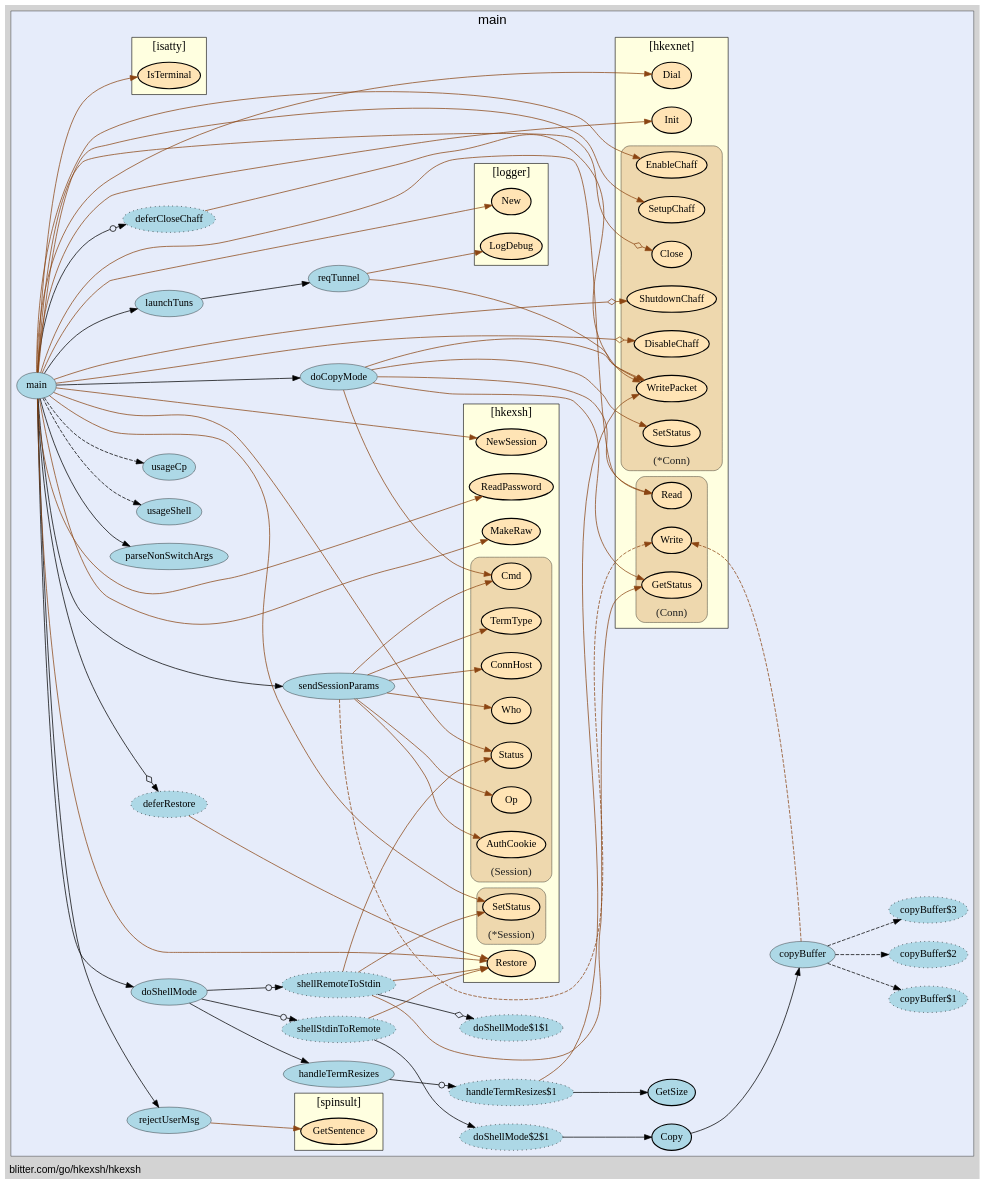
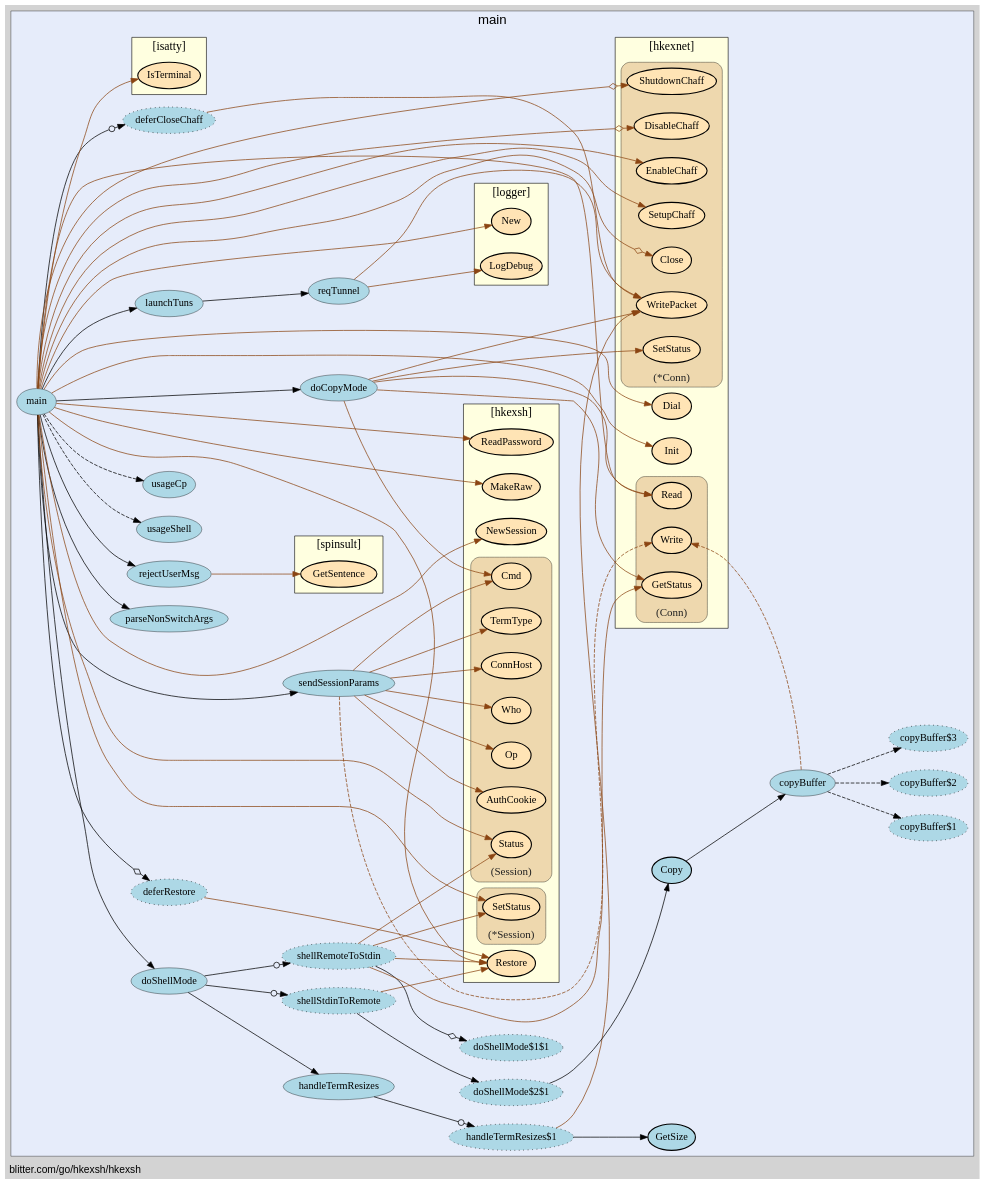
One commit to isgasho/xs changed the diagram in hkexsh/hkexsh-vis.gv. Above: the diagram before and after it, drawn with Graphviz. The commit also changed 8 other files, not shown here.

Commit message:
Cleaned up/added commenting (hkexsh/, hkexnet/)

```diff
--- a/hkexsh/hkexsh-vis.gv
+++ b/hkexsh/hkexsh-vis.gv
@@ -14,52 +14,52 @@
     edge [minlen="2"]
 
     subgraph "cluster_focus" {
-        label="main";
+        bgcolor="#e6ecfa";
+label="main";
 labelloc="t";
 labeljust="c";
 fontsize="18";
-bgcolor="#e6ecfa";
         
-        "blitter.com/go/hkexsh/hkexsh.doCopyMode" [ label="doCopyMode" penwidth="0.5" fillcolor="lightblue" ]
-        "blitter.com/go/hkexsh/hkexsh.main$2" [ fillcolor="lightblue" label="deferCloseChaff" style="dotted,filled" ]
-        "blitter.com/go/hkexsh/hkexsh.reqTunnel" [ fillcolor="lightblue" label="reqTunnel" penwidth="0.5" ]
-        "blitter.com/go/hkexsh/hkexsh.launchTuns" [ penwidth="0.5" fillcolor="lightblue" label="launchTuns" ]
-        "blitter.com/go/hkexsh/hkexsh.rejectUserMsg" [ penwidth="0.5" fillcolor="lightblue" label="rejectUserMsg" ]
+        "blitter.com/go/hkexsh/hkexsh.reqTunnel" [ penwidth="0.5" fillcolor="lightblue" label="reqTunnel" ]
+        "blitter.com/go/hkexsh/hkexsh.doShellMode$1" [ fillcolor="lightblue" label="shellRemoteToStdin" style="dotted,filled" ]
+        "blitter.com/go/hkexsh/hkexsh.doShellMode$1$1" [ fillcolor="lightblue" label="doShellMode$1$1" style="dotted,filled" ]
+        "blitter.com/go/hkexsh/hkexsh.doShellMode" [ fillcolor="lightblue" label="doShellMode" penwidth="0.5" ]
         "blitter.com/go/hkexsh/hkexsh.handleTermResizes$1" [ fillcolor="lightblue" label="handleTermResizes$1" style="dotted,filled" ]
-        "blitter.com/go/hkexsh/hkexsh.GetSize" [ fillcolor="lightblue" label="GetSize" penwidth="1.5" ]
-        "blitter.com/go/hkexsh/hkexsh.handleTermResizes" [ fillcolor="lightblue" label="handleTermResizes" penwidth="0.5" ]
-        "blitter.com/go/hkexsh/hkexsh.doShellMode$1" [ fillcolor="lightblue" label="shellRemoteToStdin" style="dotted,filled" ]
-        "blitter.com/go/hkexsh/hkexsh.doShellMode$1$1" [ style="dotted,filled" fillcolor="lightblue" label="doShellMode$1$1" ]
-        "blitter.com/go/hkexsh/hkexsh.doShellMode" [ fillcolor="lightblue" label="doShellMode" penwidth="0.5" ]
+        "blitter.com/go/hkexsh/hkexsh.GetSize" [ label="GetSize" penwidth="1.5" fillcolor="lightblue" ]
+        "blitter.com/go/hkexsh/hkexsh.handleTermResizes" [ penwidth="0.5" fillcolor="lightblue" label="handleTermResizes" ]
         "blitter.com/go/hkexsh/hkexsh.copyBuffer" [ fillcolor="lightblue" label="copyBuffer" penwidth="0.5" ]
         "blitter.com/go/hkexsh/hkexsh.copyBuffer$1" [ fillcolor="lightblue" label="copyBuffer$1" style="dotted,filled" ]
         "blitter.com/go/hkexsh/hkexsh.copyBuffer$2" [ fillcolor="lightblue" label="copyBuffer$2" style="dotted,filled" ]
-        "blitter.com/go/hkexsh/hkexsh.copyBuffer$3" [ fillcolor="lightblue" label="copyBuffer$3" style="dotted,filled" ]
+        "blitter.com/go/hkexsh/hkexsh.copyBuffer$3" [ style="dotted,filled" fillcolor="lightblue" label="copyBuffer$3" ]
         "blitter.com/go/hkexsh/hkexsh.Copy" [ fillcolor="lightblue" label="Copy" penwidth="1.5" ]
         "blitter.com/go/hkexsh/hkexsh.doShellMode$2$1" [ fillcolor="lightblue" label="doShellMode$2$1" style="dotted,filled" ]
-        "blitter.com/go/hkexsh/hkexsh.doShellMode$2" [ style="dotted,filled" fillcolor="lightblue" label="shellStdinToRemote" ]
+        "blitter.com/go/hkexsh/hkexsh.doShellMode$2" [ fillcolor="lightblue" label="shellStdinToRemote" style="dotted,filled" ]
+        "blitter.com/go/hkexsh/hkexsh.main$2" [ fillcolor="lightblue" label="deferCloseChaff" style="dotted,filled" ]
         "blitter.com/go/hkexsh/hkexsh.sendSessionParams" [ fillcolor="lightblue" label="sendSessionParams" penwidth="0.5" ]
-        "blitter.com/go/hkexsh/hkexsh.main$1" [ fillcolor="lightblue" label="deferRestore" style="dotted,filled" ]
+        "blitter.com/go/hkexsh/hkexsh.main$1" [ label="deferRestore" style="dotted,filled" fillcolor="lightblue" ]
+        "blitter.com/go/hkexsh/hkexsh.launchTuns" [ penwidth="0.5" fillcolor="lightblue" label="launchTuns" ]
+        "blitter.com/go/hkexsh/hkexsh.rejectUserMsg" [ label="rejectUserMsg" penwidth="0.5" fillcolor="lightblue" ]
         "blitter.com/go/hkexsh/hkexsh.main" [ fillcolor="lightblue" label="main" penwidth="0.5" ]
         "blitter.com/go/hkexsh/hkexsh.parseNonSwitchArgs" [ fillcolor="lightblue" label="parseNonSwitchArgs" penwidth="0.5" ]
+        "blitter.com/go/hkexsh/hkexsh.doCopyMode" [ fillcolor="lightblue" label="doCopyMode" penwidth="0.5" ]
         "blitter.com/go/hkexsh/hkexsh.usageShell" [ fillcolor="lightblue" label="usageShell" penwidth="0.5" ]
         "blitter.com/go/hkexsh/hkexsh.usageCp" [ fillcolor="lightblue" label="usageCp" penwidth="0.5" ]
         
         subgraph "cluster_blitter.com/go/hkexsh" {
-        fontsize="16";
-fontname="bold";
+        style="filled";
+fillcolor="lightyellow";
 rank="sink";
 label="[hkexsh]";
-URL="/?f=blitter.com/go/hkexsh";
 tooltip="package: blitter.com/go/hkexsh";
 penwidth="0.8";
-fillcolor="lightyellow";
-style="filled";
+fontsize="16";
+fontname="bold";
+URL="/?f=blitter.com/go/hkexsh";
         
         "blitter.com/go/hkexsh.Restore" [ fillcolor="moccasin" label="Restore" penwidth="1.5" ]
         "blitter.com/go/hkexsh.MakeRaw" [ fillcolor="moccasin" label="MakeRaw" penwidth="1.5" ]
-        "blitter.com/go/hkexsh.ReadPassword" [ fillcolor="moccasin" label="ReadPassword" penwidth="1.5" ]
-        "blitter.com/go/hkexsh.NewSession" [ fillcolor="moccasin" label="NewSession" penwidth="1.5" ]
+        "blitter.com/go/hkexsh.ReadPassword" [ penwidth="1.5" fillcolor="moccasin" label="ReadPassword" ]
+        "blitter.com/go/hkexsh.NewSession" [ label="NewSession" penwidth="1.5" fillcolor="moccasin" ]
         
         subgraph "cluster_*blitter.com/go/hkexsh.Session" {
         style="rounded,filled";
@@ -71,26 +71,26 @@
 fontcolor="#222222";
 labelloc="b";
         
-        "(*blitter.com/go/hkexsh.Session).SetStatus" [ fillcolor="moccasin" label="SetStatus" penwidth="1.5" ]
+        "(*blitter.com/go/hkexsh.Session).SetStatus" [ label="SetStatus" penwidth="1.5" fillcolor="moccasin" ]
         
     }
 
         subgraph "cluster_blitter.com/go/hkexsh.Session" {
-        label="(Session)";
+        fillcolor="wheat2";
+label="(Session)";
 tooltip="type: blitter.com/go/hkexsh.Session";
 penwidth="0.5";
 fontsize="15";
 fontcolor="#222222";
 labelloc="b";
 style="rounded,filled";
-fillcolor="wheat2";
         
-        "(blitter.com/go/hkexsh.Session).Cmd" [ fillcolor="moccasin" label="Cmd" penwidth="1.5" ]
-        "(blitter.com/go/hkexsh.Session).Status" [ fillcolor="moccasin" label="Status" penwidth="1.5" ]
+        "(blitter.com/go/hkexsh.Session).Status" [ label="Status" penwidth="1.5" fillcolor="moccasin" ]
         "(blitter.com/go/hkexsh.Session).Op" [ fillcolor="moccasin" label="Op" penwidth="1.5" ]
-        "(blitter.com/go/hkexsh.Session).Who" [ label="Who" penwidth="1.5" fillcolor="moccasin" ]
+        "(blitter.com/go/hkexsh.Session).Who" [ fillcolor="moccasin" label="Who" penwidth="1.5" ]
         "(blitter.com/go/hkexsh.Session).ConnHost" [ fillcolor="moccasin" label="ConnHost" penwidth="1.5" ]
-        "(blitter.com/go/hkexsh.Session).TermType" [ fillcolor="moccasin" label="TermType" penwidth="1.5" ]
+        "(blitter.com/go/hkexsh.Session).TermType" [ penwidth="1.5" fillcolor="moccasin" label="TermType" ]
+        "(blitter.com/go/hkexsh.Session).Cmd" [ label="Cmd" penwidth="1.5" fillcolor="moccasin" ]
         "(blitter.com/go/hkexsh.Session).AuthCookie" [ fillcolor="moccasin" label="AuthCookie" penwidth="1.5" ]
         
     }
@@ -98,67 +98,67 @@
     }
 
         subgraph "cluster_blitter.com/go/hkexsh/hkexnet" {
-        rank="sink";
+        fontname="bold";
 label="[hkexnet]";
 URL="/?f=blitter.com/go/hkexsh/hkexnet";
-penwidth="0.8";
-style="filled";
-fontname="bold";
 tooltip="package: blitter.com/go/hkexsh/hkexnet";
 fontsize="16";
 fillcolor="lightyellow";
+rank="sink";
+penwidth="0.8";
+style="filled";
         
         "blitter.com/go/hkexsh/hkexnet.Init" [ fillcolor="moccasin" label="Init" penwidth="1.5" ]
-        "blitter.com/go/hkexsh/hkexnet.Dial" [ fillcolor="moccasin" label="Dial" penwidth="1.5" ]
+        "blitter.com/go/hkexsh/hkexnet.Dial" [ penwidth="1.5" fillcolor="moccasin" label="Dial" ]
         
         subgraph "cluster_*blitter.com/go/hkexsh/hkexnet.Conn" {
-        labelloc="b";
+        penwidth="0.5";
+fontsize="15";
+fontcolor="#222222";
+labelloc="b";
 style="rounded,filled";
 fillcolor="wheat2";
 label="(*Conn)";
 tooltip="type: *blitter.com/go/hkexsh/hkexnet.Conn";
-penwidth="0.5";
-fontsize="15";
-fontcolor="#222222";
         
-        "(*blitter.com/go/hkexsh/hkexnet.Conn).WritePacket" [ penwidth="1.5" fillcolor="moccasin" label="WritePacket" ]
-        "(*blitter.com/go/hkexsh/hkexnet.Conn).SetStatus" [ fillcolor="moccasin" label="SetStatus" penwidth="1.5" ]
-        "(*blitter.com/go/hkexsh/hkexnet.Conn).Close" [ penwidth="1.5" fillcolor="moccasin" label="Close" ]
+        "(*blitter.com/go/hkexsh/hkexnet.Conn).WritePacket" [ fillcolor="moccasin" label="WritePacket" penwidth="1.5" ]
+        "(*blitter.com/go/hkexsh/hkexnet.Conn).Close" [ fillcolor="moccasin" label="Close" penwidth="1.5" ]
         "(*blitter.com/go/hkexsh/hkexnet.Conn).SetupChaff" [ fillcolor="moccasin" label="SetupChaff" penwidth="1.5" ]
-        "(*blitter.com/go/hkexsh/hkexnet.Conn).EnableChaff" [ label="EnableChaff" penwidth="1.5" fillcolor="moccasin" ]
-        "(*blitter.com/go/hkexsh/hkexnet.Conn).DisableChaff" [ penwidth="1.5" fillcolor="moccasin" label="DisableChaff" ]
-        "(*blitter.com/go/hkexsh/hkexnet.Conn).ShutdownChaff" [ penwidth="1.5" fillcolor="moccasin" label="ShutdownChaff" ]
+        "(*blitter.com/go/hkexsh/hkexnet.Conn).EnableChaff" [ fillcolor="moccasin" label="EnableChaff" penwidth="1.5" ]
+        "(*blitter.com/go/hkexsh/hkexnet.Conn).DisableChaff" [ fillcolor="moccasin" label="DisableChaff" penwidth="1.5" ]
+        "(*blitter.com/go/hkexsh/hkexnet.Conn).ShutdownChaff" [ label="ShutdownChaff" penwidth="1.5" fillcolor="moccasin" ]
+        "(*blitter.com/go/hkexsh/hkexnet.Conn).SetStatus" [ penwidth="1.5" fillcolor="moccasin" label="SetStatus" ]
         
     }
 
         subgraph "cluster_blitter.com/go/hkexsh/hkexnet.Conn" {
-        fontsize="15";
-fontcolor="#222222";
-labelloc="b";
+        labelloc="b";
 style="rounded,filled";
 fillcolor="wheat2";
 label="(Conn)";
 tooltip="type: blitter.com/go/hkexsh/hkexnet.Conn";
 penwidth="0.5";
+fontsize="15";
+fontcolor="#222222";
         
-        "(blitter.com/go/hkexsh/hkexnet.Conn).Read" [ fillcolor="moccasin" label="Read" penwidth="1.5" ]
         "(blitter.com/go/hkexsh/hkexnet.Conn).GetStatus" [ fillcolor="moccasin" label="GetStatus" penwidth="1.5" ]
         "(blitter.com/go/hkexsh/hkexnet.Conn).Write" [ fillcolor="moccasin" label="Write" penwidth="1.5" ]
+        "(blitter.com/go/hkexsh/hkexnet.Conn).Read" [ fillcolor="moccasin" label="Read" penwidth="1.5" ]
         
     }
 
     }
 
         subgraph "cluster_blitter.com/go/hkexsh/logger" {
-        style="filled";
-fillcolor="lightyellow";
-URL="/?f=blitter.com/go/hkexsh/logger";
-penwidth="0.8";
-fontsize="16";
+        fillcolor="lightyellow";
 fontname="bold";
-rank="sink";
 label="[logger]";
 tooltip="package: blitter.com/go/hkexsh/logger";
+penwidth="0.8";
+style="filled";
+rank="sink";
+URL="/?f=blitter.com/go/hkexsh/logger";
+fontsize="16";
         
         "blitter.com/go/hkexsh/logger.LogDebug" [ fillcolor="moccasin" label="LogDebug" penwidth="1.5" ]
         "blitter.com/go/hkexsh/logger.New" [ fillcolor="moccasin" label="New" penwidth="1.5" ]
@@ -167,29 +167,29 @@
 
         subgraph "cluster_blitter.com/go/hkexsh/spinsult" {
         penwidth="0.8";
+style="filled";
+rank="sink";
+tooltip="package: blitter.com/go/hkexsh/spinsult";
 fontsize="16";
 fillcolor="lightyellow";
-rank="sink";
+fontname="bold";
 label="[spinsult]";
-style="filled";
-fontname="bold";
 URL="/?f=blitter.com/go/hkexsh/spinsult";
-tooltip="package: blitter.com/go/hkexsh/spinsult";
         
         "blitter.com/go/hkexsh/spinsult.GetSentence" [ fillcolor="moccasin" label="GetSentence" penwidth="1.5" ]
         
     }
 
         subgraph "cluster_github.com/mattn/go-isatty" {
-        penwidth="0.8";
+        tooltip="package: github.com/mattn/go-isatty";
+penwidth="0.8";
+fillcolor="lightyellow";
+rank="sink";
+label="[isatty]";
 URL="/?f=github.com/mattn/go-isatty";
-tooltip="package: github.com/mattn/go-isatty";
 fontsize="16";
 style="filled";
-fillcolor="lightyellow";
 fontname="bold";
-rank="sink";
-label="[isatty]";
         
         "github.com/mattn/go-isatty.IsTerminal" [ fillcolor="moccasin" label="IsTerminal" penwidth="1.5" ]
         
@@ -197,25 +197,17 @@
 
     }
 
-    "blitter.com/go/hkexsh/hkexsh.doCopyMode" -> "(blitter.com/go/hkexsh.Session).Cmd" [ color="saddlebrown" ]
-    "blitter.com/go/hkexsh/hkexsh.doCopyMode" -> "(*blitter.com/go/hkexsh/hkexnet.Conn).WritePacket" [ color="saddlebrown" ]
-    "blitter.com/go/hkexsh/hkexsh.doCopyMode" -> "(blitter.com/go/hkexsh/hkexnet.Conn).Read" [ color="saddlebrown" ]
-    "blitter.com/go/hkexsh/hkexsh.doCopyMode" -> "(*blitter.com/go/hkexsh/hkexnet.Conn).SetStatus" [ color="saddlebrown" ]
-    "blitter.com/go/hkexsh/hkexsh.doCopyMode" -> "(blitter.com/go/hkexsh/hkexnet.Conn).GetStatus" [ color="saddlebrown" ]
-    "blitter.com/go/hkexsh/hkexsh.main$2" -> "(*blitter.com/go/hkexsh/hkexnet.Conn).WritePacket" [ color="saddlebrown" ]
     "blitter.com/go/hkexsh/hkexsh.reqTunnel" -> "blitter.com/go/hkexsh/logger.LogDebug" [ color="saddlebrown" ]
     "blitter.com/go/hkexsh/hkexsh.reqTunnel" -> "(*blitter.com/go/hkexsh/hkexnet.Conn).WritePacket" [ color="saddlebrown" ]
-    "blitter.com/go/hkexsh/hkexsh.launchTuns" -> "blitter.com/go/hkexsh/hkexsh.reqTunnel" [  ]
-    "blitter.com/go/hkexsh/hkexsh.rejectUserMsg" -> "blitter.com/go/hkexsh/spinsult.GetSentence" [ color="saddlebrown" ]
-    "blitter.com/go/hkexsh/hkexsh.handleTermResizes$1" -> "blitter.com/go/hkexsh/hkexsh.GetSize" [  ]
-    "blitter.com/go/hkexsh/hkexsh.handleTermResizes$1" -> "(*blitter.com/go/hkexsh/hkexnet.Conn).WritePacket" [ color="saddlebrown" ]
-    "blitter.com/go/hkexsh/hkexsh.handleTermResizes" -> "blitter.com/go/hkexsh/hkexsh.handleTermResizes$1" [ arrowhead="normalnoneodot" ]
     "blitter.com/go/hkexsh/hkexsh.doShellMode$1" -> "blitter.com/go/hkexsh/hkexsh.doShellMode$1$1" [ arrowhead="normalnoneodiamond" ]
     "blitter.com/go/hkexsh/hkexsh.doShellMode$1" -> "blitter.com/go/hkexsh.Restore" [ color="saddlebrown" ]
     "blitter.com/go/hkexsh/hkexsh.doShellMode$1" -> "(blitter.com/go/hkexsh/hkexnet.Conn).GetStatus" [ color="saddlebrown" ]
     "blitter.com/go/hkexsh/hkexsh.doShellMode$1" -> "(*blitter.com/go/hkexsh.Session).SetStatus" [ color="saddlebrown" ]
     "blitter.com/go/hkexsh/hkexsh.doShellMode$1" -> "(blitter.com/go/hkexsh.Session).Status" [ color="saddlebrown" ]
     "blitter.com/go/hkexsh/hkexsh.doShellMode" -> "blitter.com/go/hkexsh/hkexsh.doShellMode$1" [ arrowhead="normalnoneodot" ]
+    "blitter.com/go/hkexsh/hkexsh.handleTermResizes$1" -> "blitter.com/go/hkexsh/hkexsh.GetSize" [  ]
+    "blitter.com/go/hkexsh/hkexsh.handleTermResizes$1" -> "(*blitter.com/go/hkexsh/hkexnet.Conn).WritePacket" [ color="saddlebrown" ]
+    "blitter.com/go/hkexsh/hkexsh.handleTermResizes" -> "blitter.com/go/hkexsh/hkexsh.handleTermResizes$1" [ arrowhead="normalnoneodot" ]
     "blitter.com/go/hkexsh/hkexsh.doShellMode" -> "blitter.com/go/hkexsh/hkexsh.handleTermResizes" [  ]
     "blitter.com/go/hkexsh/hkexsh.copyBuffer" -> "(blitter.com/go/hkexsh/hkexnet.Conn).Write" [ style="dashed" color="saddlebrown" ]
     "blitter.com/go/hkexsh/hkexsh.copyBuffer" -> "blitter.com/go/hkexsh/hkexsh.copyBuffer$1" [ style="dashed" ]
@@ -226,6 +218,7 @@
     "blitter.com/go/hkexsh/hkexsh.doShellMode$2" -> "blitter.com/go/hkexsh/hkexsh.doShellMode$2$1" [  ]
     "blitter.com/go/hkexsh/hkexsh.doShellMode$2" -> "blitter.com/go/hkexsh.Restore" [ color="saddlebrown" ]
     "blitter.com/go/hkexsh/hkexsh.doShellMode" -> "blitter.com/go/hkexsh/hkexsh.doShellMode$2" [ arrowhead="normalnoneodot" ]
+    "blitter.com/go/hkexsh/hkexsh.main$2" -> "(*blitter.com/go/hkexsh/hkexnet.Conn).WritePacket" [ color="saddlebrown" ]
     "blitter.com/go/hkexsh/hkexsh.sendSessionParams" -> "(blitter.com/go/hkexsh.Session).Op" [ color="saddlebrown" ]
     "blitter.com/go/hkexsh/hkexsh.sendSessionParams" -> "(blitter.com/go/hkexsh.Session).Who" [ color="saddlebrown" ]
     "blitter.com/go/hkexsh/hkexsh.sendSessionParams" -> "(blitter.com/go/hkexsh.Session).ConnHost" [ color="saddlebrown" ]
@@ -234,11 +227,13 @@
     "blitter.com/go/hkexsh/hkexsh.sendSessionParams" -> "(blitter.com/go/hkexsh.Session).AuthCookie" [ color="saddlebrown" ]
     "blitter.com/go/hkexsh/hkexsh.sendSessionParams" -> "(blitter.com/go/hkexsh/hkexnet.Conn).Write" [ style="dashed" color="saddlebrown" ]
     "blitter.com/go/hkexsh/hkexsh.main$1" -> "blitter.com/go/hkexsh.Restore" [ color="saddlebrown" ]
+    "blitter.com/go/hkexsh/hkexsh.launchTuns" -> "blitter.com/go/hkexsh/hkexsh.reqTunnel" [  ]
+    "blitter.com/go/hkexsh/hkexsh.rejectUserMsg" -> "blitter.com/go/hkexsh/spinsult.GetSentence" [ color="saddlebrown" ]
     "blitter.com/go/hkexsh/hkexsh.main" -> "blitter.com/go/hkexsh/hkexsh.parseNonSwitchArgs" [  ]
     "blitter.com/go/hkexsh/hkexsh.main" -> "blitter.com/go/hkexsh/logger.New" [ color="saddlebrown" ]
     "blitter.com/go/hkexsh/hkexsh.main" -> "blitter.com/go/hkexsh/hkexnet.Init" [ color="saddlebrown" ]
     "blitter.com/go/hkexsh/hkexsh.main" -> "blitter.com/go/hkexsh/hkexnet.Dial" [ color="saddlebrown" ]
-    "blitter.com/go/hkexsh/hkexsh.main" -> "(*blitter.com/go/hkexsh/hkexnet.Conn).Close" [ arrowhead="normalnoneodiamond" color="saddlebrown" ]
+    "blitter.com/go/hkexsh/hkexsh.main" -> "(*blitter.com/go/hkexsh/hkexnet.Conn).Close" [ color="saddlebrown" arrowhead="normalnoneodiamond" ]
     "blitter.com/go/hkexsh/hkexsh.main" -> "github.com/mattn/go-isatty.IsTerminal" [ color="saddlebrown" ]
     "blitter.com/go/hkexsh/hkexsh.main" -> "blitter.com/go/hkexsh.MakeRaw" [ color="saddlebrown" ]
     "blitter.com/go/hkexsh/hkexsh.main" -> "blitter.com/go/hkexsh/hkexsh.main$1" [ arrowhead="normalnoneodiamond" ]
@@ -250,12 +245,17 @@
     "blitter.com/go/hkexsh/hkexsh.main" -> "blitter.com/go/hkexsh/hkexsh.rejectUserMsg" [  ]
     "blitter.com/go/hkexsh/hkexsh.main" -> "(*blitter.com/go/hkexsh/hkexnet.Conn).SetupChaff" [ color="saddlebrown" ]
     "blitter.com/go/hkexsh/hkexsh.main" -> "(*blitter.com/go/hkexsh/hkexnet.Conn).EnableChaff" [ color="saddlebrown" ]
-    "blitter.com/go/hkexsh/hkexsh.main" -> "(*blitter.com/go/hkexsh/hkexnet.Conn).DisableChaff" [ color="saddlebrown" arrowhead="normalnoneodiamond" ]
+    "blitter.com/go/hkexsh/hkexsh.main" -> "(*blitter.com/go/hkexsh/hkexnet.Conn).DisableChaff" [ arrowhead="normalnoneodiamond" color="saddlebrown" ]
     "blitter.com/go/hkexsh/hkexsh.main" -> "(*blitter.com/go/hkexsh/hkexnet.Conn).ShutdownChaff" [ arrowhead="normalnoneodiamond" color="saddlebrown" ]
     "blitter.com/go/hkexsh/hkexsh.main" -> "blitter.com/go/hkexsh/hkexsh.main$2" [ arrowhead="normalnoneodot" ]
     "blitter.com/go/hkexsh/hkexsh.main" -> "blitter.com/go/hkexsh/hkexsh.launchTuns" [  ]
     "blitter.com/go/hkexsh/hkexsh.main" -> "blitter.com/go/hkexsh/hkexsh.doShellMode" [  ]
     "blitter.com/go/hkexsh/hkexsh.main" -> "(blitter.com/go/hkexsh.Session).Status" [ color="saddlebrown" ]
+    "blitter.com/go/hkexsh/hkexsh.doCopyMode" -> "(blitter.com/go/hkexsh.Session).Cmd" [ color="saddlebrown" ]
+    "blitter.com/go/hkexsh/hkexsh.doCopyMode" -> "(*blitter.com/go/hkexsh/hkexnet.Conn).WritePacket" [ color="saddlebrown" ]
+    "blitter.com/go/hkexsh/hkexsh.doCopyMode" -> "(blitter.com/go/hkexsh/hkexnet.Conn).Read" [ color="saddlebrown" ]
+    "blitter.com/go/hkexsh/hkexsh.doCopyMode" -> "(*blitter.com/go/hkexsh/hkexnet.Conn).SetStatus" [ color="saddlebrown" ]
+    "blitter.com/go/hkexsh/hkexsh.doCopyMode" -> "(blitter.com/go/hkexsh/hkexnet.Conn).GetStatus" [ color="saddlebrown" ]
     "blitter.com/go/hkexsh/hkexsh.main" -> "blitter.com/go/hkexsh/hkexsh.doCopyMode" [  ]
     "blitter.com/go/hkexsh/hkexsh.main" -> "blitter.com/go/hkexsh.Restore" [ color="saddlebrown" ]
     "blitter.com/go/hkexsh/hkexsh.main" -> "blitter.com/go/hkexsh/hkexsh.usageShell" [ style="dashed" ]
```
